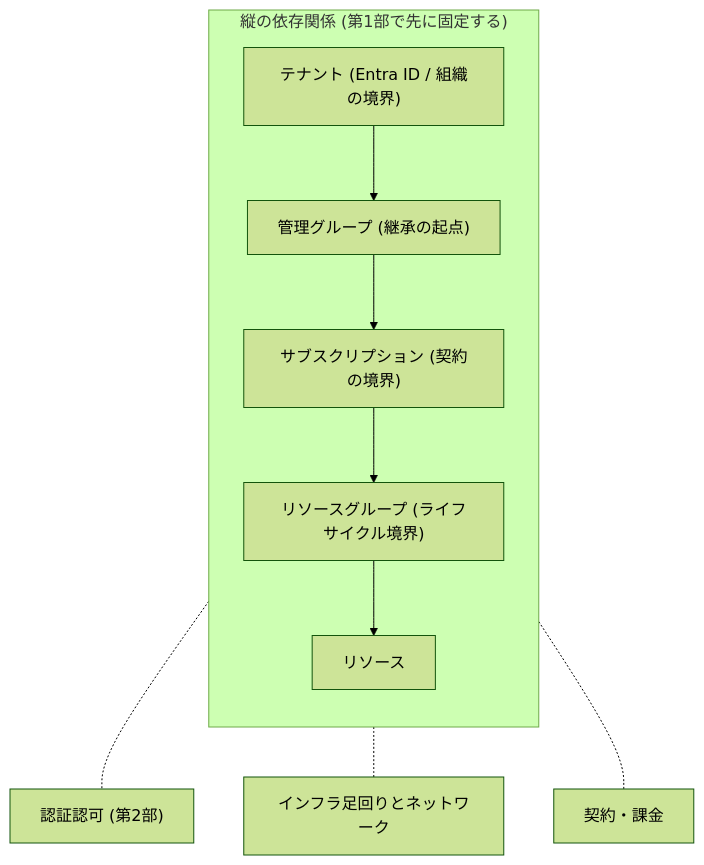
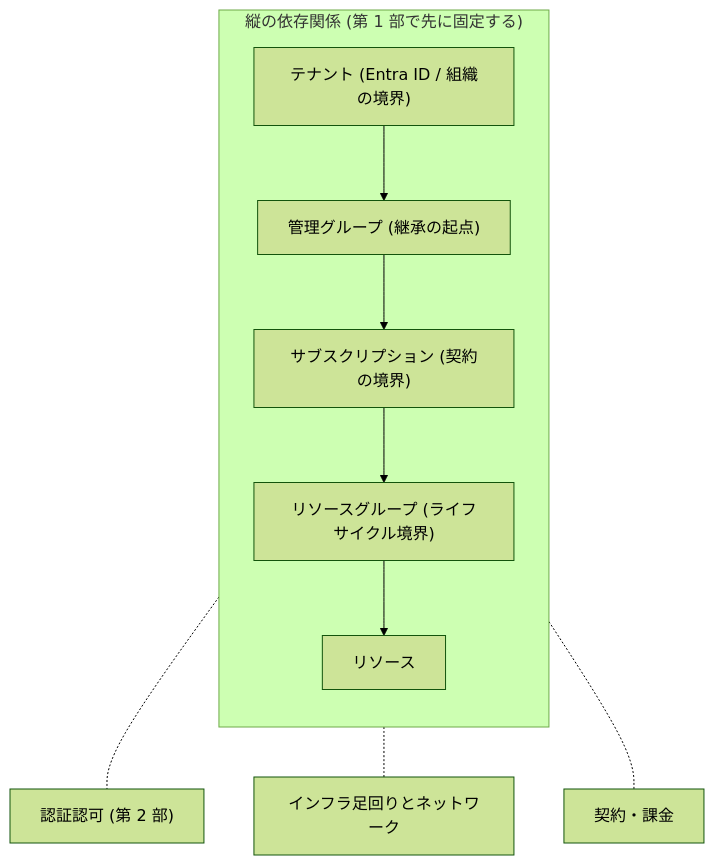
One commit to engineers-hub-ltd-in-house-project/azure-practice changed the diagram in README.md. Above: the diagram before and after it, drawn with Mermaid (forest theme). The commit also changed other lines of this file and 63 other files, not shown here.

````diff
--- a/README.md
+++ b/README.md
@@ -5,13 +5,13 @@
 ```mermaid
 flowchart TB
-  subgraph V["縦の依存関係 (第1部で先に固定する)"]
+  subgraph V["縦の依存関係 (第 1 部で先に固定する)"]
     direction TB
     T["テナント (Entra ID / 組織の境界)"] --> M["管理グループ (継承の起点)"]
     M --> S["サブスクリプション (契約の境界)"]
     S --> R["リソースグループ (ライフサイクル境界)"]
     R --> X["リソース"]
   end
-  X -.- A["認証認可 (第2部)"]
+  X -.- A["認証認可 (第 2 部)"]
   X -.- N["インフラ足回りとネットワーク"]
   X -.- C["契約・課金"]
 ```
````
